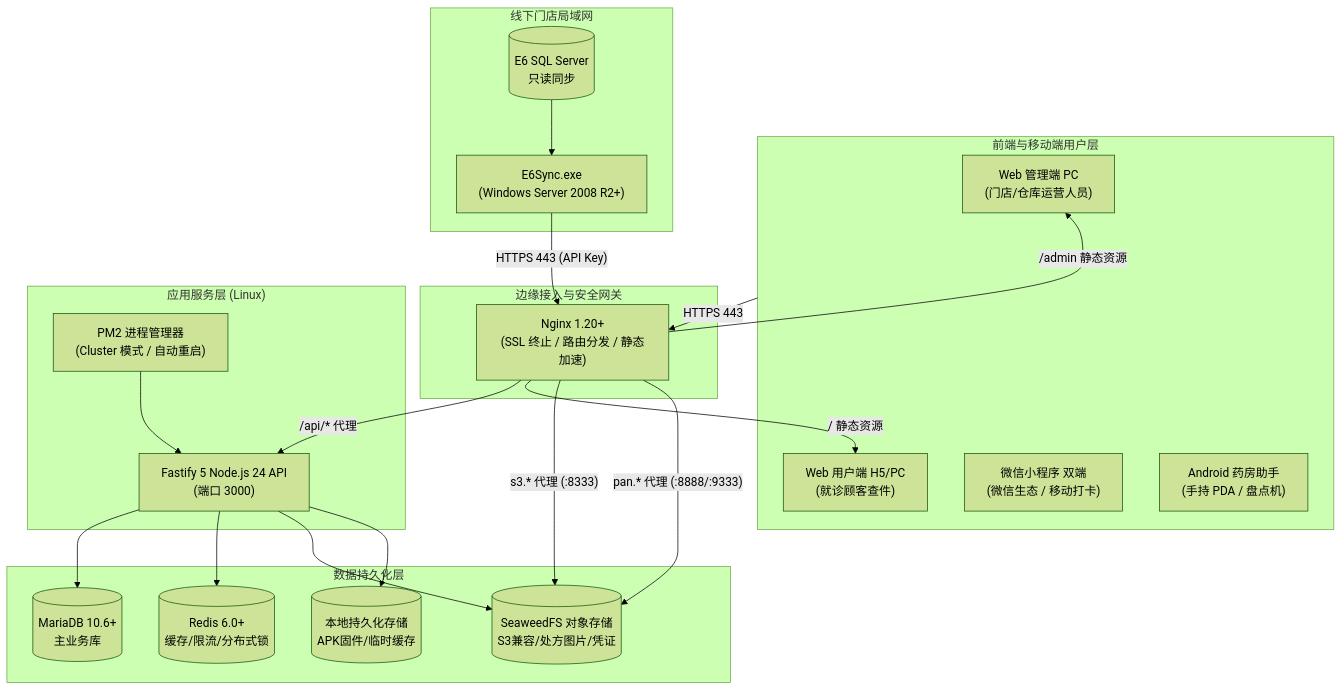
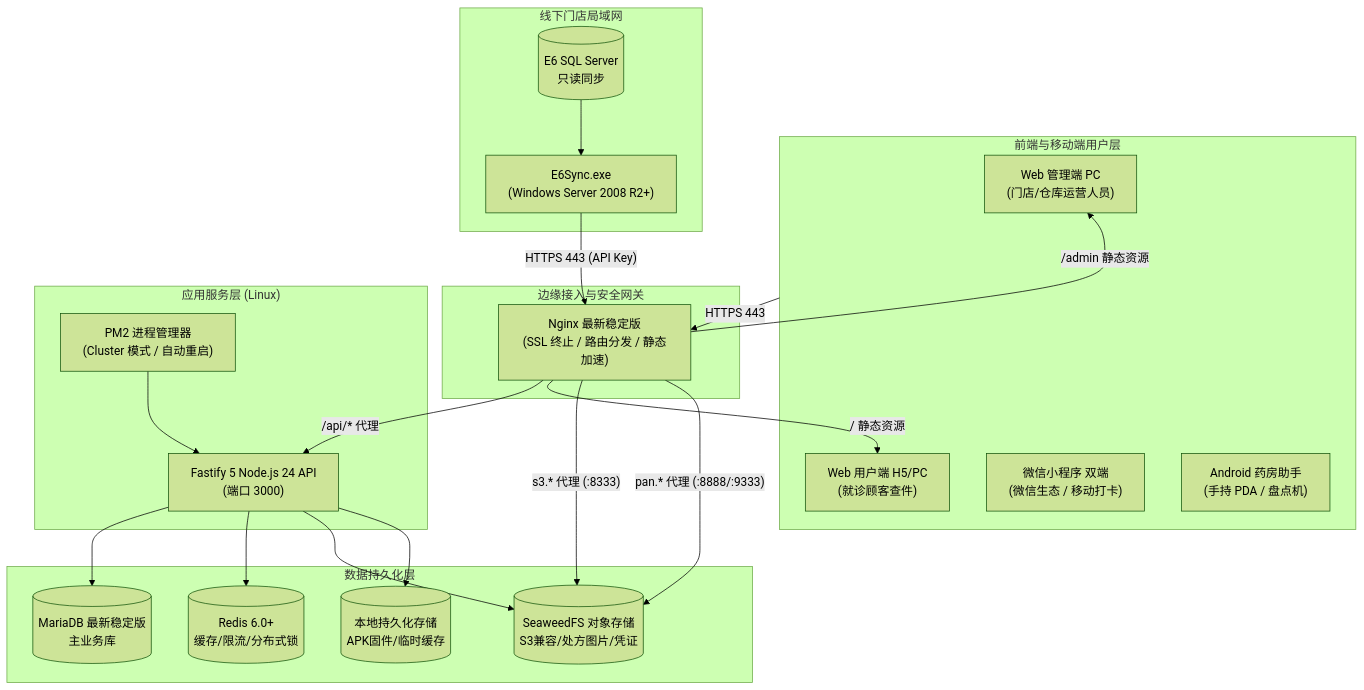
The diagram in docs/生产部署与运维手册.md (librarycloud/tcm-prescription-processing), drawn with Mermaid (forest theme) before and after one commit. The commit also changed other lines of this file and 1 other file, not shown here.

````diff
--- a/docs/生产部署与运维手册.md
+++ b/docs/生产部署与运维手册.md
@@ -13,44 +13,44 @@
 ```mermaid
 flowchart TD
     subgraph Clients["前端与移动端用户层"]
         WebAdmin["Web 管理端 PC<br>(门店/仓库运营人员)"]
         WebUser["Web 用户端 H5/PC<br>(就诊顾客查件)"]
         MiniProg["微信小程序 双端<br>(微信生态 / 移动打卡)"]
         AndroidApp["Android 药房助手<br>(手持 PDA / 盘点机)"]
     end
 
     subgraph Gateway["边缘接入与安全网关"]
-        Nginx["Nginx 1.20+<br>(SSL 终止 / 路由分发 / 静态加速)"]
+        Nginx["Nginx 最新稳定版<br>(SSL 终止 / 路由分发 / 静态加速)"]
     end
 
     subgraph BackendCluster["应用服务层 (Linux)"]
         PM2["PM2 进程管理器<br>(Cluster 模式 / 自动重启)"]
         Fastify["Fastify 5 Node.js 24 API<br>(端口 3000)"]
         PM2 --> Fastify
     end
 
     subgraph DataStorage["数据持久化层"]
-        MariaDB[(MariaDB 10.6+<br>主业务库)]
+        MariaDB[(MariaDB 最新稳定版<br>主业务库)]
         Redis[(Redis 6.0+<br>缓存/限流/分布式锁)]
         SeaweedFS[(SeaweedFS 对象存储<br>S3兼容/处方图片/凭证)]
         LocalFS[(本地持久化存储<br>APK固件/临时缓存)]
     end
 
     subgraph StoreEdge["线下门店局域网"]
         E6Sync["E6Sync.exe<br>(Windows Server 2008 R2+)"]
         E6DB[(E6 SQL Server<br>只读同步)]
         E6DB --> E6Sync
     end
 
     Clients -->|"HTTPS 443"| Nginx
     E6Sync -->|"HTTPS 443 (API Key)"| Nginx
     Nginx -->|"/api/* 代理"| Fastify
     Nginx -->|"/admin 静态资源"| WebAdmin
     Nginx -->|"/ 静态资源"| WebUser
     Nginx -->|"s3.* 代理 (:8333)"| SeaweedFS
     Nginx -->|"pan.* 代理 (:8888/:9333)"| SeaweedFS
     Fastify --> MariaDB
     Fastify --> Redis
     Fastify --> SeaweedFS
     Fastify --> LocalFS
 ```
````
